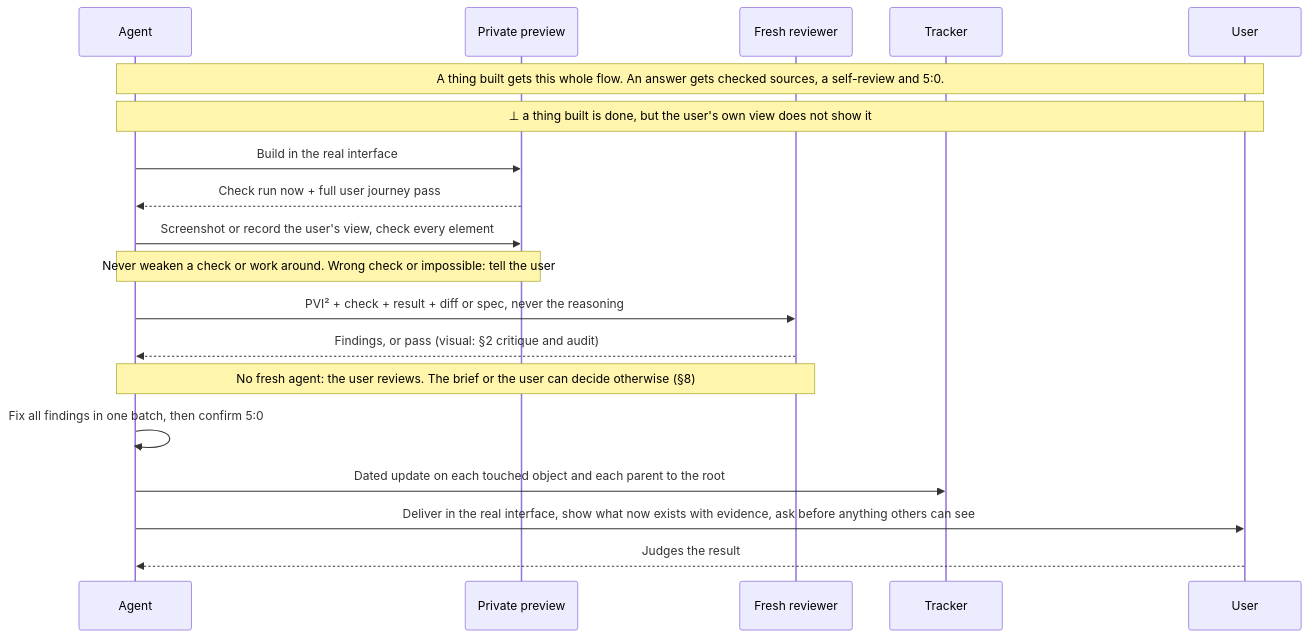
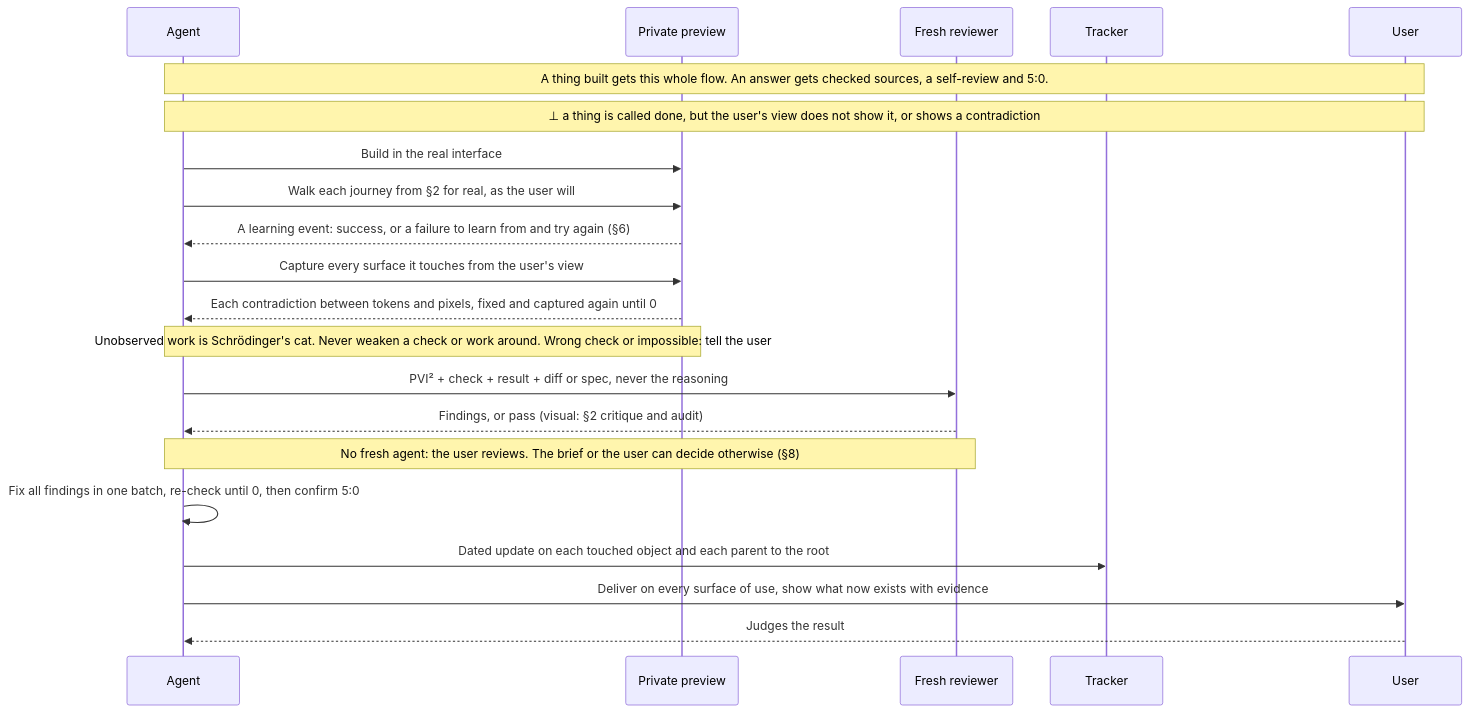
One commit to SolenixAI/arbiter changed diagram 11 of 14 in AGENTS.md. Above: the diagram before and after it, drawn with Mermaid. The commit also changed other lines of this file and 1 other file, not shown here.

First line of the commit message:
docs(arbiter): agents never stop at 99%: one correct way, real journeys, observed in the user's view

````diff
--- a/AGENTS.md
+++ b/AGENTS.md
@@ -507,21 +522,23 @@
 ```mermaid
 sequenceDiagram
   participant A as Agent
   participant P as Private preview
   participant R as Fresh reviewer
   participant T as Tracker
   participant U as User
   Note over A,U: A thing built gets this whole flow. An answer gets checked sources, a self-review and 5:0.
-  Note over A,U: ⊥ a thing built is done, but the user's own view does not show it
+  Note over A,U: ⊥ a thing is called done, but the user's view does not show it, or shows a contradiction
   A->>P: Build in the real interface
-  P-->>A: Check run now + full user journey pass
-  A->>P: Screenshot or record the user's view, check every element
-  Note over A,P: Never weaken a check or work around. Wrong check or impossible: tell the user
+  A->>P: Walk each journey from §2 for real, as the user will
+  P-->>A: A learning event: success, or a failure to learn from and try again (§6)
+  A->>P: Capture every surface it touches from the user's view
+  P-->>A: Each contradiction between tokens and pixels, fixed and captured again until 0
+  Note over A,P: Unobserved work is Schrödinger's cat. Never weaken a check or work around. Wrong check or impossible: tell the user
   A->>R: PVI² + check + result + diff or spec, never the reasoning
   R-->>A: Findings, or pass (visual: §2 critique and audit)
   Note over A,R: No fresh agent: the user reviews. The brief or the user can decide otherwise (§8)
-  A->>A: Fix all findings in one batch, then confirm 5:0
+  A->>A: Fix all findings in one batch, re-check until 0, then confirm 5:0
   A->>T: Dated update on each touched object and each parent to the root
-  A->>U: Deliver in the real interface, show what now exists with evidence, ask before anything others can see
+  A->>U: Deliver on every surface of use, show what now exists with evidence
   U-->>A: Judges the result
 ```
````
